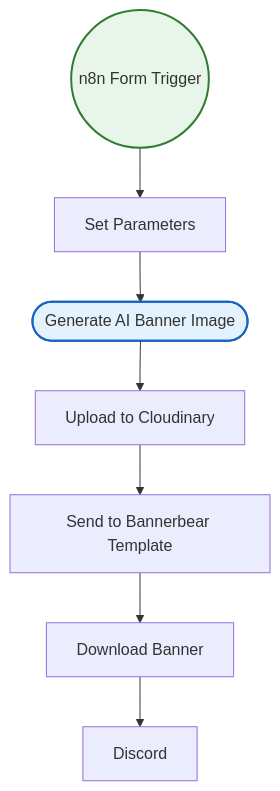
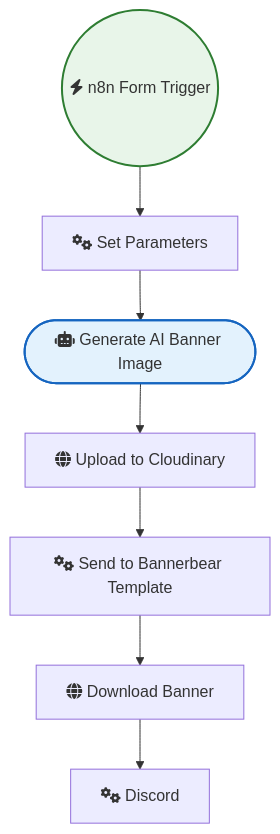
One commit to sreyash3105/N8N-DEMO-AUTOMATIONS changed the diagram in Instagram_Twitter_Social_Media/Speed Up Social Media Banners with Bannerbear Com.md. Above: the diagram before and after it, drawn with Mermaid. The commit also changed 291 other files, not shown here.

````diff
--- a/Instagram_Twitter_Social_Media/Speed Up Social Media Banners with Bannerbear Com.md
+++ b/Instagram_Twitter_Social_Media/Speed Up Social Media Banners with Bannerbear Com.md
@@ -1,21 +1,21 @@
 ```mermaid
 graph TD
     classDef trigger fill:#e8f5e9,stroke:#2e7d32,stroke-width:2px;
     classDef ai fill:#e3f2fd,stroke:#1565c0,stroke-width:2px;
     classDef logic fill:#fff3e0,stroke:#ef6c00,stroke-width:2px;
 
-    n8n_Form_Trigger(("n8n Form Trigger")):::trigger
-    Upload_to_Cloudinary["Upload to Cloudinary"]
-    Send_to_Bannerbear_Template["Send to Bannerbear Template"]
-    Set_Parameters["Set Parameters"]
-    Download_Banner["Download Banner"]
-    Discord["Discord"]
-    Generate_AI_Banner_Image(["Generate AI Banner Image"]):::ai
+    n8n_Form_Trigger(("fas:fa-bolt n8n Form Trigger")):::trigger
+    Upload_to_Cloudinary["fas:fa-globe Upload to Cloudinary"]
+    Send_to_Bannerbear_Template["fas:fa-cogs Send to Bannerbear Template"]
+    Set_Parameters["fas:fa-cogs Set Parameters"]
+    Download_Banner["fas:fa-globe Download Banner"]
+    Discord["fas:fa-cogs Discord"]
+    Generate_AI_Banner_Image(["fas:fa-robot Generate AI Banner Image"]):::ai
 
     Set_Parameters --> Generate_AI_Banner_Image
     Download_Banner --> Discord
     n8n_Form_Trigger --> Set_Parameters
     Upload_to_Cloudinary --> Send_to_Bannerbear_Template
     Generate_AI_Banner_Image --> Upload_to_Cloudinary
     Send_to_Bannerbear_Template --> Download_Banner
 ```
````
